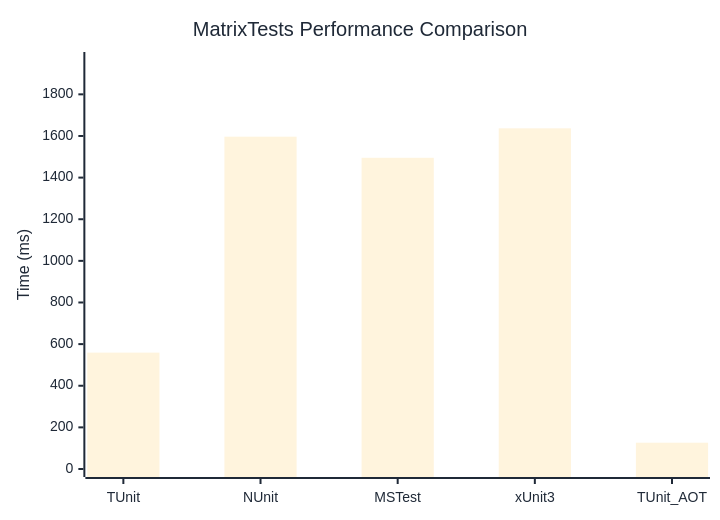
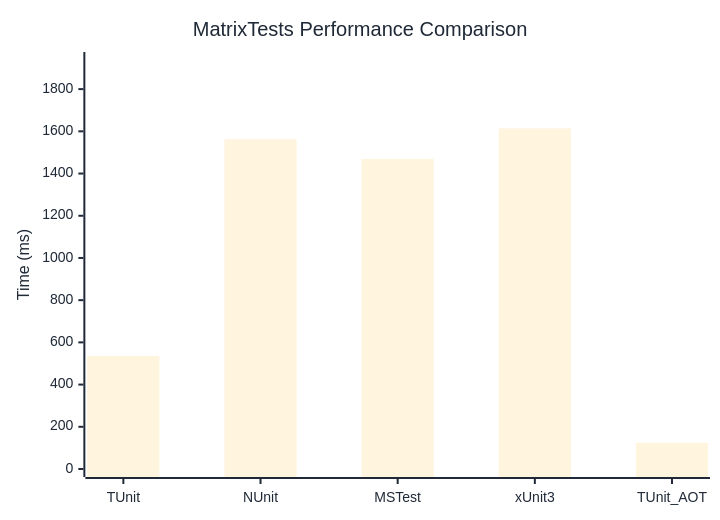
One commit to thomhurst/TUnit changed the diagram in docs/docs/benchmarks/MatrixTests.md. Above: the diagram before and after it, drawn with Mermaid. The commit also changed other lines of this file and 17 other files, not shown here.

````diff
--- a/docs/docs/benchmarks/MatrixTests.md
+++ b/docs/docs/benchmarks/MatrixTests.md
@@ -27,37 +27,37 @@
 ```mermaid
 %%{init: {
   'theme':'base',
   'themeVariables': {
     'primaryColor': '#2563eb',
     'primaryTextColor': '#1f2937',
     'primaryBorderColor': '#1e40af',
     'lineColor': '#6b7280',
     'secondaryColor': '#7c3aed',
     'tertiaryColor': '#dc2626',
     'background': '#ffffff',
     'mainBkg': '#2563eb',
     'secondBkg': '#7c3aed',
     'tertiaryBkg': '#dc2626',
     'clusterBkg': '#f3f4f6',
     'edgeLabelBackground': '#ffffff',
     'tertiaryTextColor': '#1f2937',
     'pie1': '#2563eb',
     'pie2': '#7c3aed',
     'pie3': '#dc2626',
     'pie4': '#f59e0b',
     'pie5': '#10b981',
     'pie6': '#06b6d4',
     'pie7': '#ec4899',
     'pie8': '#6366f1',
     'pie9': '#84cc16',
     'pie10': '#f97316',
     'pie11': '#14b8a6',
     'pie12': '#a855f7'
   }
 }}%%
 xychart-beta
   title "MatrixTests Performance Comparison"
   x-axis ["TUnit", "NUnit", "MSTest", "xUnit3", "TUnit_AOT"]
-  y-axis "Time (ms)" 0 --> 1965
-  bar [559.2, 1596.6, 1495.2, 1636.7, 126.3]
+  y-axis "Time (ms)" 0 --> 1938
+  bar [536.4, 1562.5, 1468.8, 1614.4, 124.7]
 ```
````
